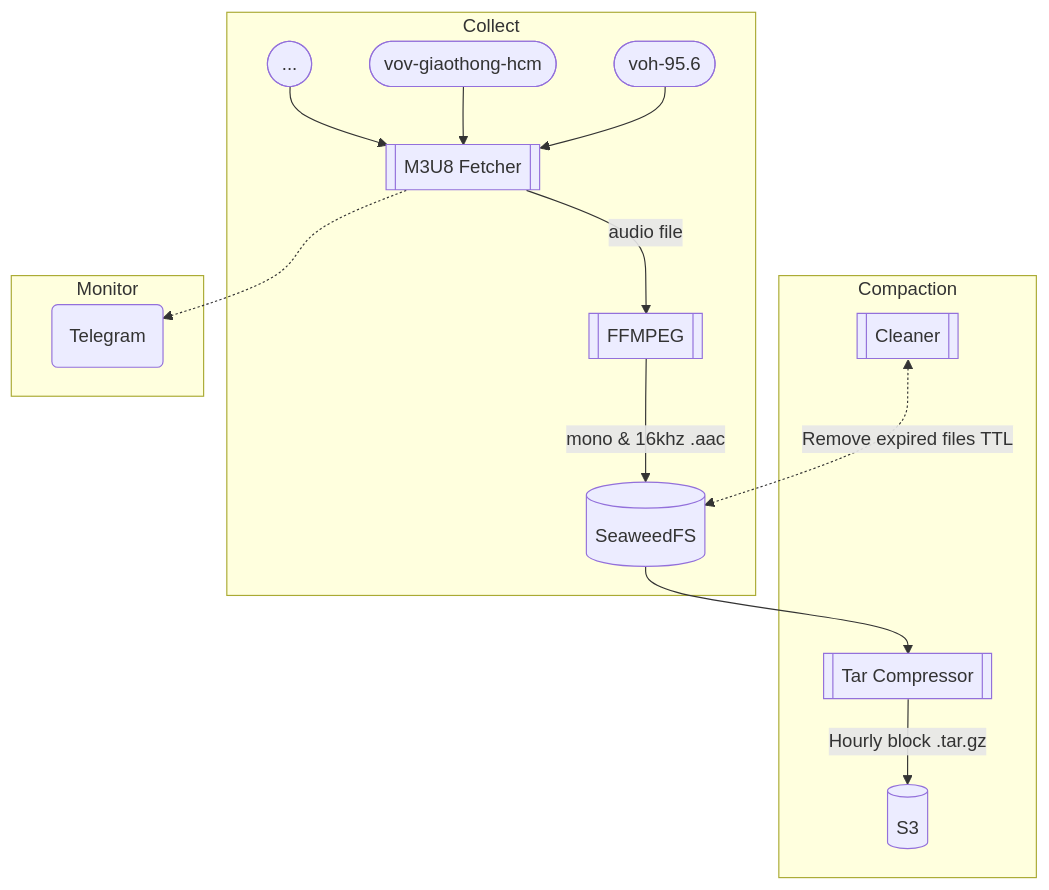
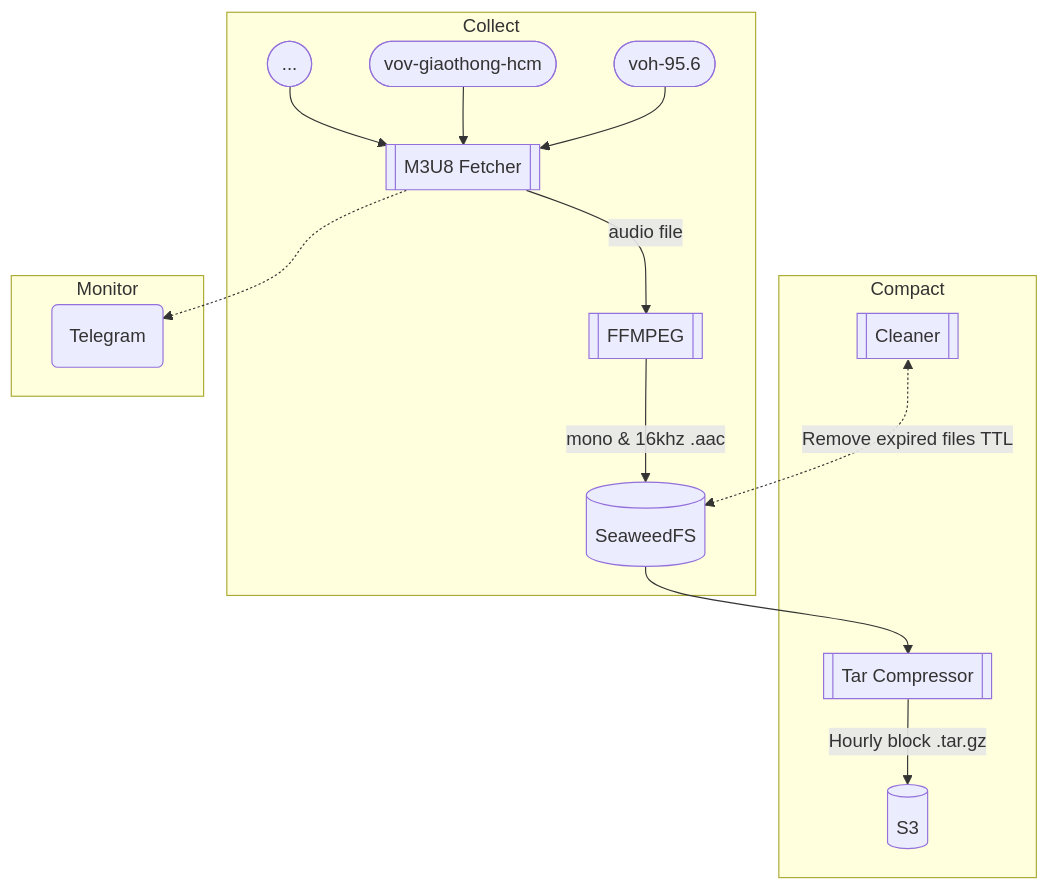
One commit to grokking-vietnam/fuzzy changed the diagram in README.md. Above: the diagram before and after it, drawn with Mermaid.

Commit message:
feat: add architectural diagram of radio data collector

````diff
--- a/README.md
+++ b/README.md
@@ -11,35 +11,35 @@
 ```mermaid
 flowchart TD
     subgraph Collect
         src_1([voh-95.6])
         src_2([vov-giaothong-hcm])
         src_3([...])
 
         fs_1[(SeaweedFS)]
 
         compute_1[[M3U8 Fetcher]]
         compute_2[[FFMPEG]]
 
         src_1-->compute_1
         src_2-->compute_1
         src_3-->compute_1
         compute_1-->|audio file|compute_2
         compute_2-->|mono & 16khz .aac|fs_1
     end
 
-    subgraph Compaction
+    subgraph Compact
     fs_2[(S3)]
 
     compute_3[[Tar Compressor]]
     compute_4[[Cleaner]]
 
     fs_1-->compute_3
     compute_3-->|Hourly block .tar.gz|fs_2
     compute_4<-.->|Remove expired files TTL|fs_1
     end
 
     subgraph Monitor
     alert(Telegram)
     compute_1-.->alert
     end
 ```
````
